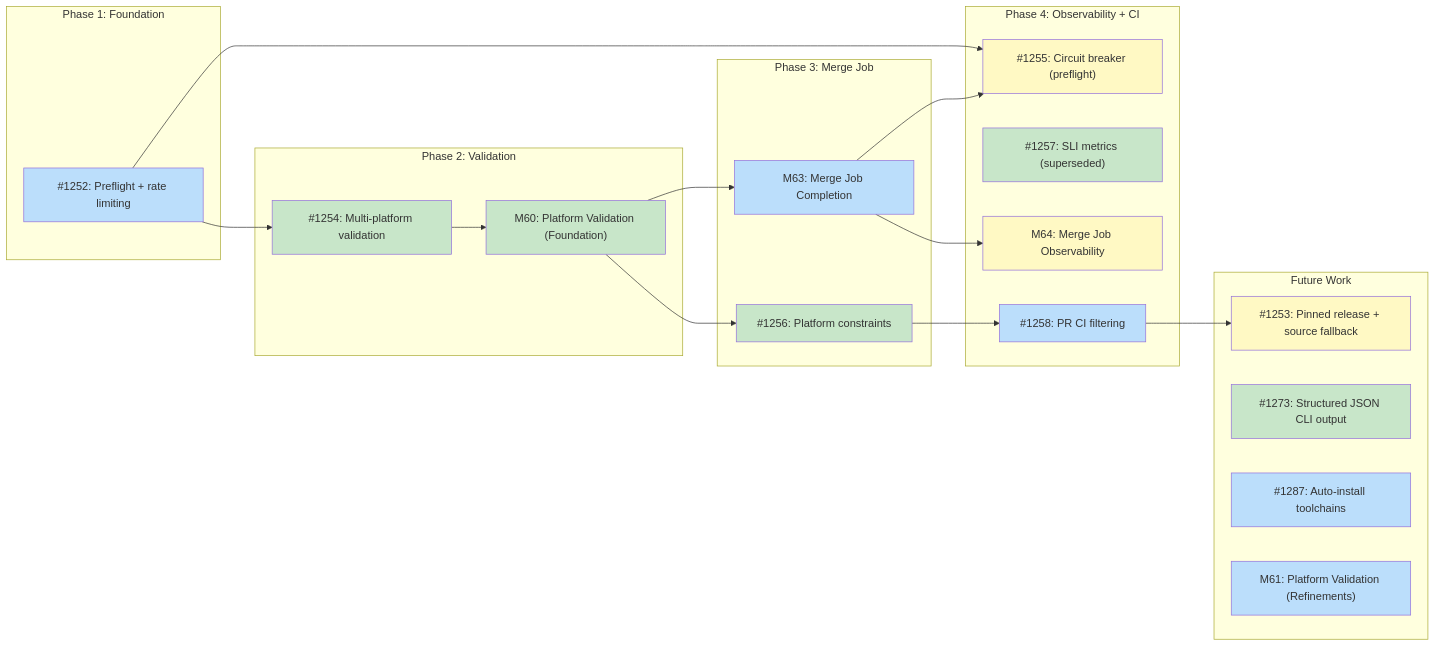
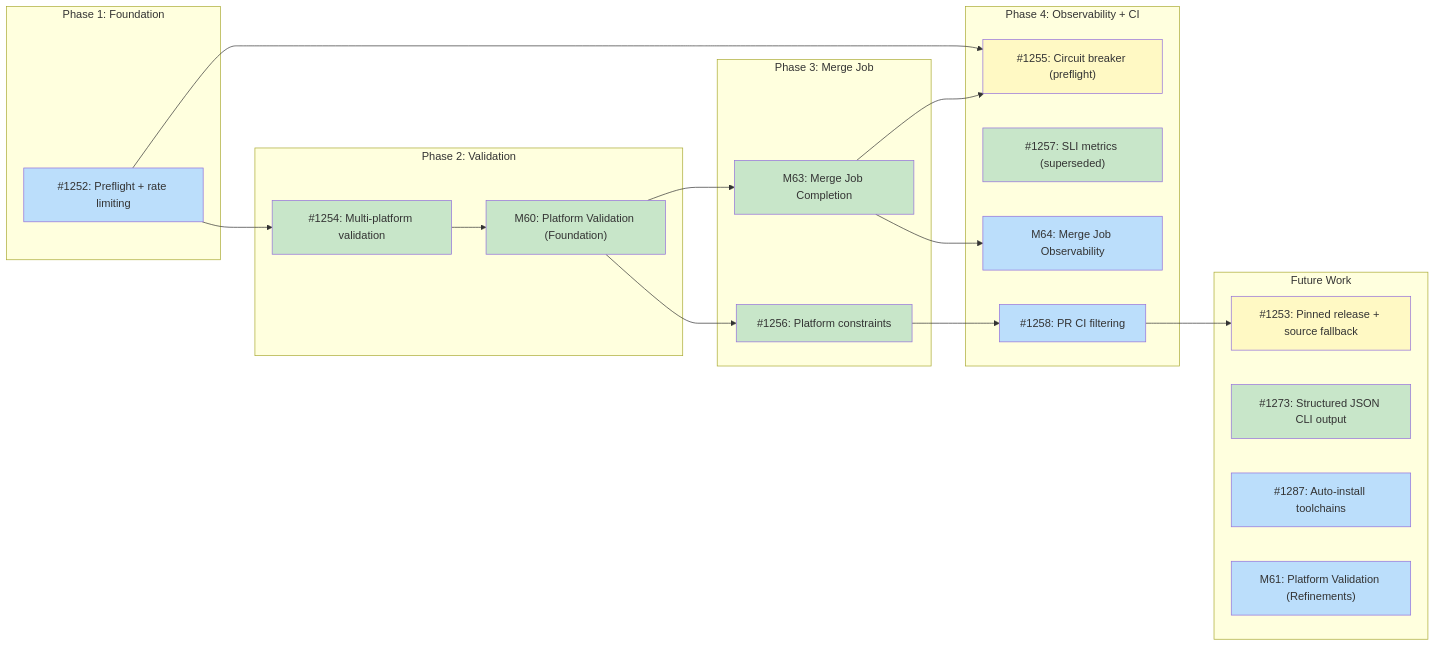
Before and after one commit to tsukumogami/tsuku: the diagram in docs/designs/DESIGN-batch-recipe-generation.md, drawn with Mermaid. The commit also changed other lines of this file, not shown here.

Commit message:
docs(design): mark M63 complete in batch recipe generation design
All three M63 issues (#1349, #1350, #1352) are closed. Strikethrough
the milestone row and update the dependency graph: M63 moves to done,
M64 becomes ready (sole dependency satisfied).

````diff
--- a/docs/designs/DESIGN-batch-recipe-generation.md
+++ b/docs/designs/DESIGN-batch-recipe-generation.md
@@ -34,51 +34,53 @@
 ```mermaid
 graph LR
     subgraph Phase1["Phase 1: Foundation"]
         I1252["#1252: Preflight + rate limiting"]
     end
 
     subgraph Phase2["Phase 2: Validation"]
         I1254["#1254: Multi-platform validation"]
         M60["M60: Platform Validation (Foundation)"]
     end
 
     subgraph Phase3["Phase 3: Merge Job"]
         I1256["#1256: Platform constraints"]
         M63["M63: Merge Job Completion"]
     end
 
     subgraph Phase4["Phase 4: Observability + CI"]
         I1255["#1255: Circuit breaker (preflight)"]
         I1257["#1257: SLI metrics (superseded)"]
         M64["M64: Merge Job Observability"]
         I1258["#1258: PR CI filtering"]
     end
 
     subgraph Future["Future Work"]
         I1253["#1253: Pinned release + source fallback"]
         I1273["#1273: Structured JSON CLI output"]
         I1287["#1287: Auto-install toolchains"]
         M61["M61: Platform Validation (Refinements)"]
     end
 
     I1252 --> I1254
     I1254 --> M60
     M60 --> I1256
     M60 --> M63
     I1256 --> I1258
     I1258 --> I1253
     M63 --> I1255
     I1252 --> I1255
     M63 --> M64
 
     classDef done fill:#c8e6c9
     classDef ready fill:#bbdefb
     classDef blocked fill:#fff9c4
     classDef needsDesign fill:#e1bee7
 
     class I1254,I1273,I1257 done
     class M60,I1256 done
-    class I1252,I1287,M61,M63 ready
-    class I1253,I1255,M64 blocked
+    class M63 done
+    class I1252,I1287,M61 ready
+    class I1253,I1255 blocked
+    class M64 ready
     class I1258 ready
 ```
````
